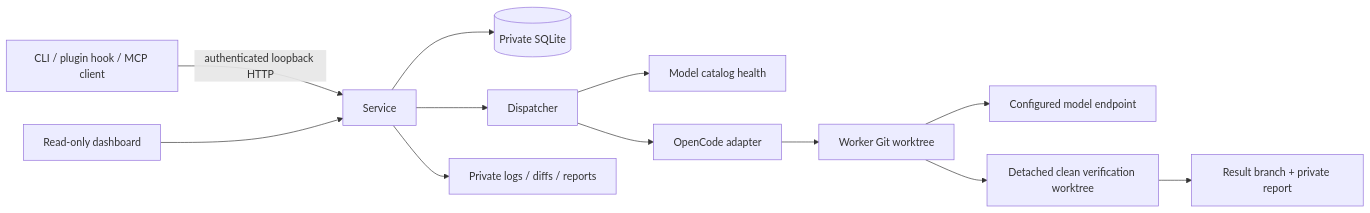
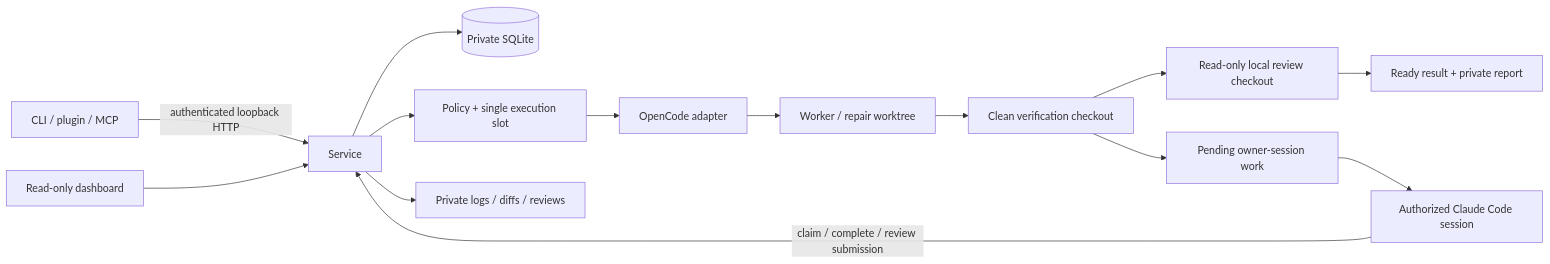
The first of 2 diagrams in docs/ARCHITECTURE.md (curtiskline/agent-spillway), drawn with Mermaid before and after one commit. The commit also changed other lines of this file and 51 other files, not shown here.

Commit message:
feat: add local reviews, bounded repair and owner-session frontier workflow

````diff
--- a/docs/ARCHITECTURE.md
+++ b/docs/ARCHITECTURE.md
@@ -9,14 +9,16 @@
 ```mermaid
 flowchart LR
-  CLI[CLI / plugin hook / MCP client] -->|authenticated loopback HTTP| Service
+  Clients[CLI / plugin / MCP] -->|authenticated loopback HTTP| Service
   Browser[Read-only dashboard] --> Service
   Service --> Queue[(Private SQLite)]
-  Service --> Dispatcher
-  Dispatcher --> Health[Model catalog health]
+  Service --> Dispatcher[Policy + single execution slot]
   Dispatcher --> Adapter[OpenCode adapter]
-  Adapter --> Worker[Worker Git worktree]
-  Worker --> Endpoint[Configured model endpoint]
-  Worker --> Verify[Detached clean verification worktree]
-  Verify --> Result[Result branch + private report]
-  Service --> Artifacts[Private logs / diffs / reports]
+  Adapter --> Worker[Worker / repair worktree]
+  Worker --> Verify[Clean verification checkout]
+  Verify --> Local[Read-only local review checkout]
+  Local --> Result[Ready result + private report]
+  Verify --> Frontier[Pending owner-session work]
+  Session[Authorized Claude Code session] -->|claim / complete / review submission| Service
+  Frontier --> Session
+  Service --> Artifacts[Private logs / diffs / reviews]
 ```
````
